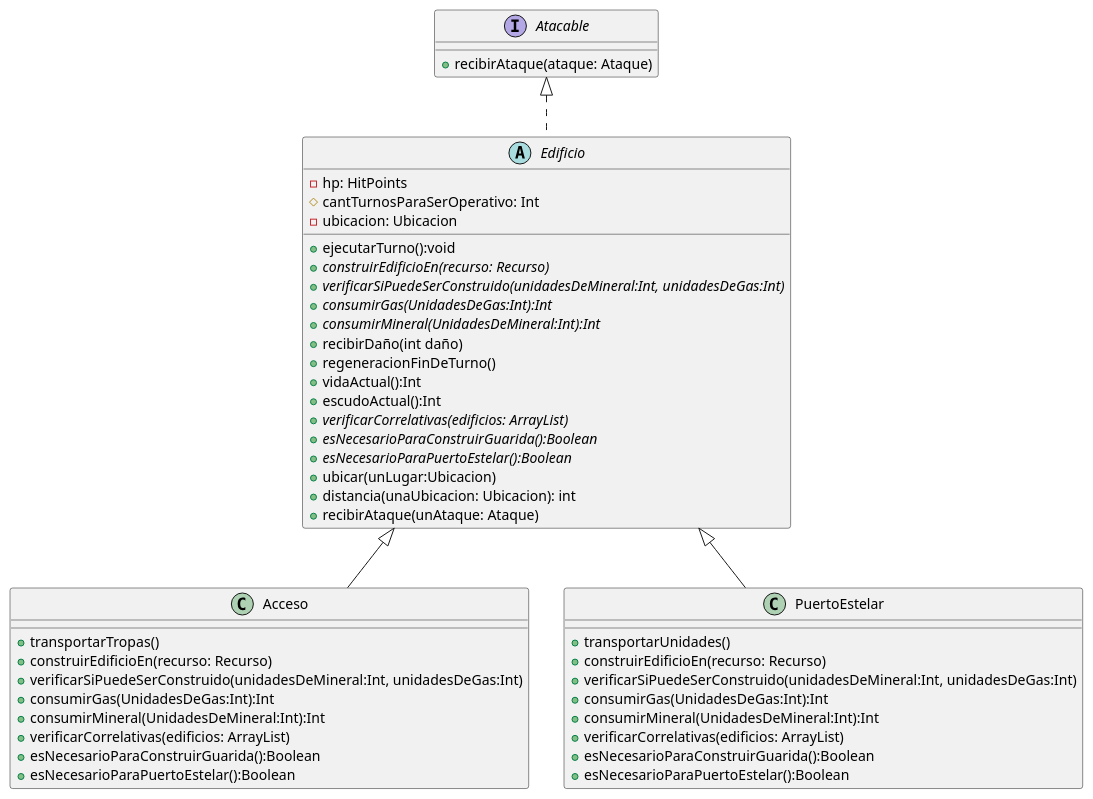
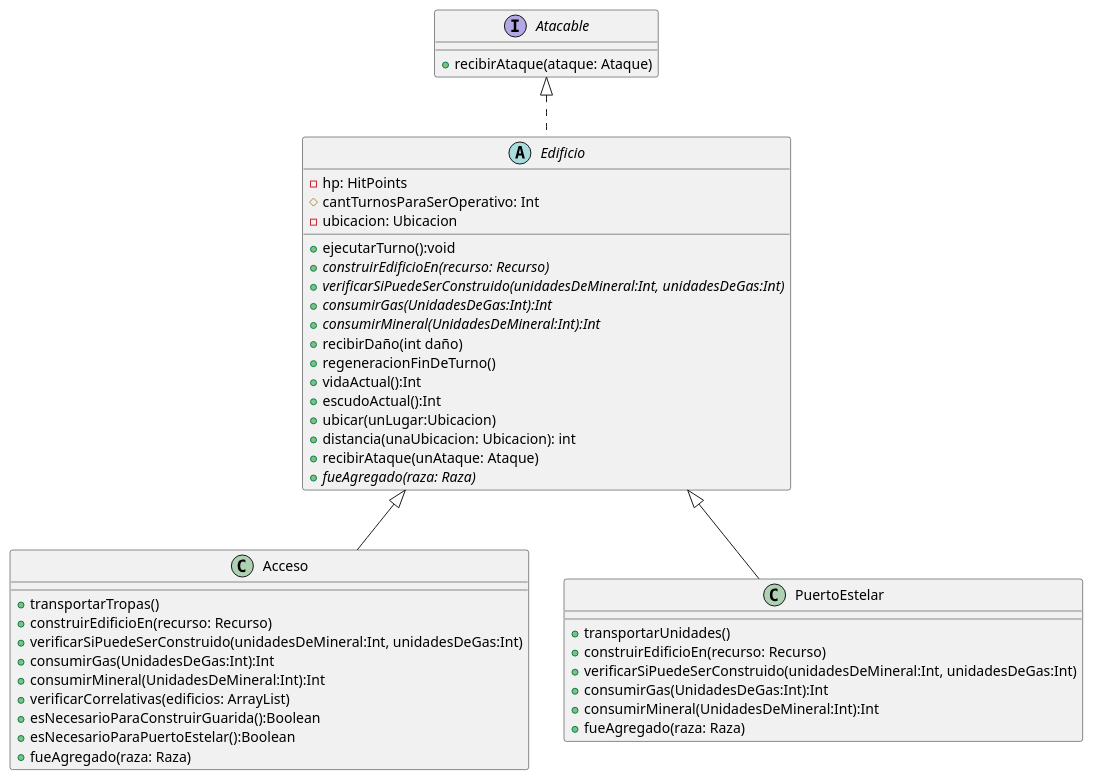
The diagram in diagrams/classes/EdificiosProtoss2.puml (nicolasgirardi/algo3_TP2_AlgoStar), drawn with PlantUML before and after one commit. The commit also changed 3 other files, not shown here.

Commit message:
actualizo los diagramas de edificios

```diff
--- a/diagrams/classes/EdificiosProtoss2.puml
+++ b/diagrams/classes/EdificiosProtoss2.puml
@@ -1,56 +1,52 @@
 @startuml
 'https://plantuml.com/class-diagram
 
 abstract class Edificio {
     -hp: HitPoints
     #cantTurnosParaSerOperativo: Int
     -ubicacion: Ubicacion
     +ejecutarTurno():void
     + {abstract} construirEdificioEn(recurso: Recurso)
     + {abstract} verificarSiPuedeSerConstruido(unidadesDeMineral:Int, unidadesDeGas:Int)
     + {abstract} consumirGas(UnidadesDeGas:Int):Int
     + {abstract} consumirMineral(UnidadesDeMineral:Int):Int
     +recibirDaño(int daño)
     +regeneracionFinDeTurno()
     +vidaActual():Int
     +escudoActual():Int
-    + {abstract} verificarCorrelativas(edificios: ArrayList)
-    + {abstract} esNecesarioParaConstruirGuarida():Boolean
-    + {abstract} esNecesarioParaPuertoEstelar():Boolean
     + ubicar(unLugar:Ubicacion)
     + distancia(unaUbicacion: Ubicacion): int
     +recibirAtaque(unAtaque: Ataque)
+    + {abstract} fueAgregado(raza: Raza)
 }
 
 class Acceso{
     +transportarTropas()
     +construirEdificioEn(recurso: Recurso)
     +verificarSiPuedeSerConstruido(unidadesDeMineral:Int, unidadesDeGas:Int)
     + consumirGas(UnidadesDeGas:Int):Int
     + consumirMineral(UnidadesDeMineral:Int):Int
     + verificarCorrelativas(edificios: ArrayList)
     + esNecesarioParaConstruirGuarida():Boolean
     + esNecesarioParaPuertoEstelar():Boolean
-
+    + fueAgregado(raza: Raza)
 }
 
 class PuertoEstelar{
 
     +transportarUnidades()
     +construirEdificioEn(recurso: Recurso)
     +verificarSiPuedeSerConstruido(unidadesDeMineral:Int, unidadesDeGas:Int)
     + consumirGas(UnidadesDeGas:Int):Int
     + consumirMineral(UnidadesDeMineral:Int):Int
-    + verificarCorrelativas(edificios: ArrayList)
-    + esNecesarioParaConstruirGuarida():Boolean
-    + esNecesarioParaPuertoEstelar():Boolean
+    + fueAgregado(raza: Raza)
 }
 
 interface Atacable {
     +recibirAtaque(ataque: Ataque)
 }
 
 Edificio <|-- Acceso
 Edificio <|-- PuertoEstelar
 Atacable <|.. Edificio
 @enduml
```
